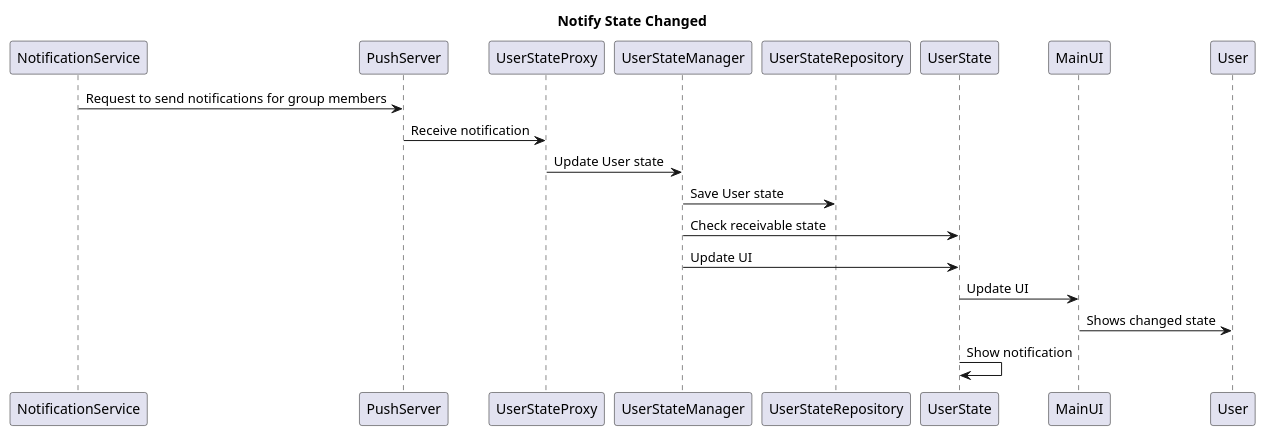
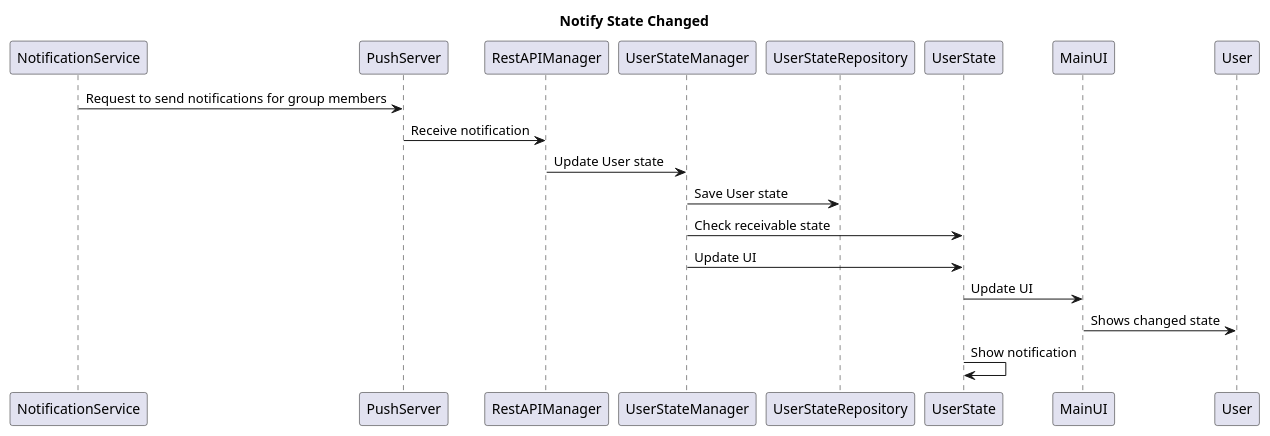
Before and after one commit to 2bellwater/EMO_USE_CASE: the diagram in UC_GET_NOTIFICATION.wsd, drawn with PlantUML. The commit also changed 2 other files, not shown here.

```diff
--- a/UC_GET_NOTIFICATION.wsd
+++ b/UC_GET_NOTIFICATION.wsd
@@ -1,12 +1,12 @@
 @startuml
 title Notify State Changed
 NotificationService -> PushServer : Request to send notifications for group members
-PushServer -> UserStateProxy : Receive notification
-UserStateProxy -> UserStateManager : Update User state
+PushServer -> RestAPIManager : Receive notification
+RestAPIManager -> UserStateManager : Update User state
 UserStateManager -> UserStateRepository : Save User state
 UserStateManager -> UserState : Check receivable state
 UserStateManager -> UserState : Update UI
 UserState -> MainUI : Update UI
 MainUI -> User : Shows changed state
 UserState -> UserState : Show notification
 @enduml
```
